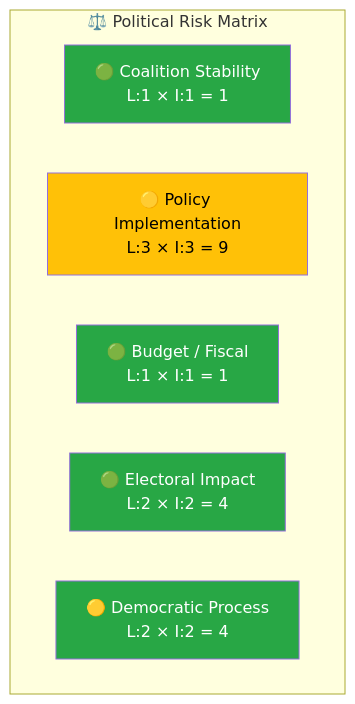
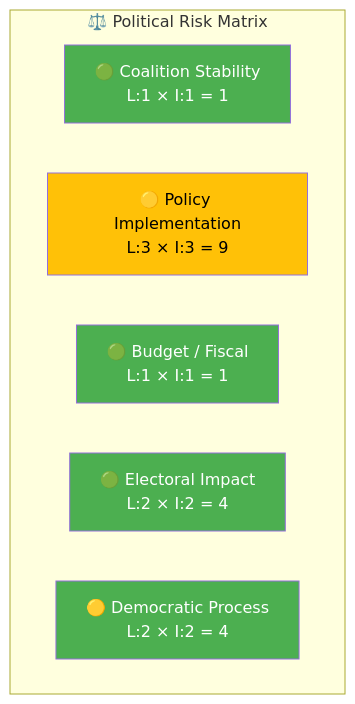
The second of 2 diagrams in analysis/daily/2026-04-09/realtime-1436/documents/hd03217-analysis.md (Hack23/riksdagsmonitor), drawn with Mermaid before and after one commit. The commit also changed other lines of this file and 785 other files, not shown here.

First line of the commit message:
Normalize mermaid colors across 786 analysis artifacts to ISMS Style Guide palette

````diff
--- a/analysis/daily/2026-04-09/realtime-1436/documents/hd03217-analysis.md
+++ b/analysis/daily/2026-04-09/realtime-1436/documents/hd03217-analysis.md
@@ -74,16 +74,16 @@
 ```mermaid
 graph TD
     subgraph "⚖️ Political Risk Matrix"
         R1["🟢 Coalition Stability<br/>L:1 × I:1 = 1"]
         R2["🟡 Policy Implementation<br/>L:3 × I:3 = 9"]
         R3["🟢 Budget / Fiscal<br/>L:1 × I:1 = 1"]
         R4["🟢 Electoral Impact<br/>L:2 × I:2 = 4"]
         R5["🟡 Democratic Process<br/>L:2 × I:2 = 4"]
     end
 
-    style R1 fill:#28a745,color:#fff
-    style R2 fill:#ffc107,color:#000
-    style R3 fill:#28a745,color:#fff
-    style R4 fill:#28a745,color:#fff
-    style R5 fill:#28a745,color:#fff
+    style R1 fill:#4CAF50,color:#FFFFFF
+    style R2 fill:#FFC107,color:#000000
+    style R3 fill:#4CAF50,color:#FFFFFF
+    style R4 fill:#4CAF50,color:#FFFFFF
+    style R5 fill:#4CAF50,color:#FFFFFF
 ```
````
